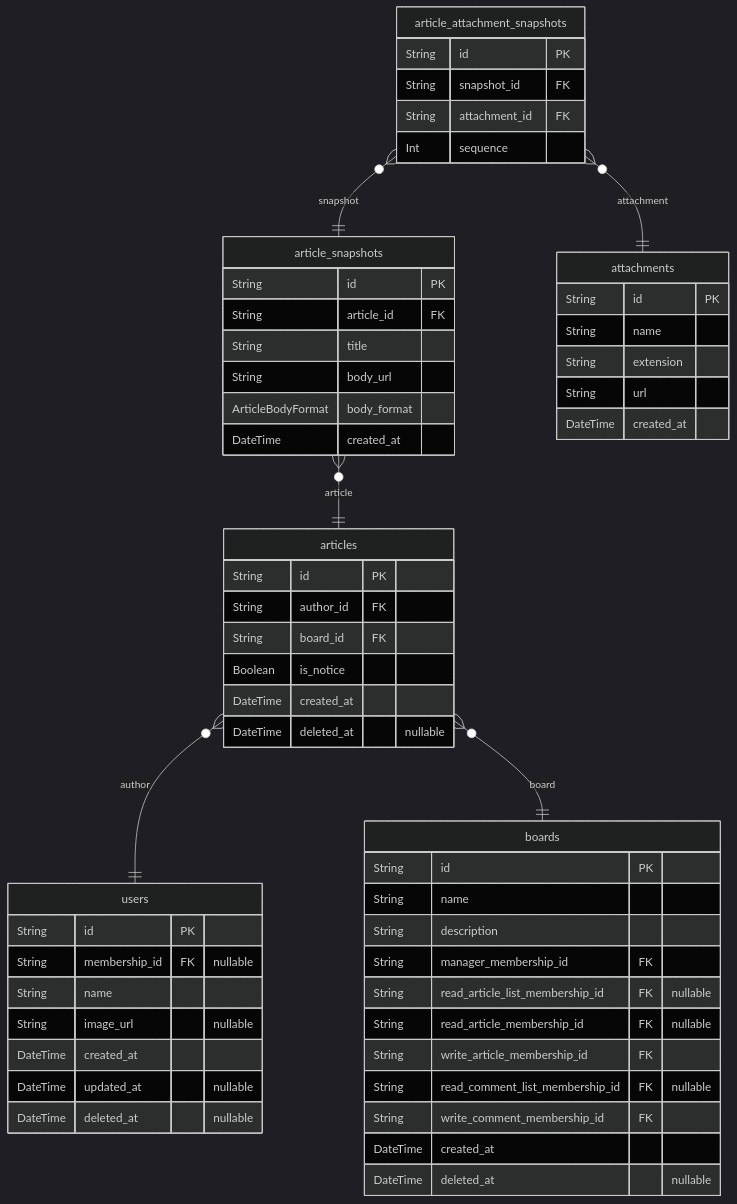
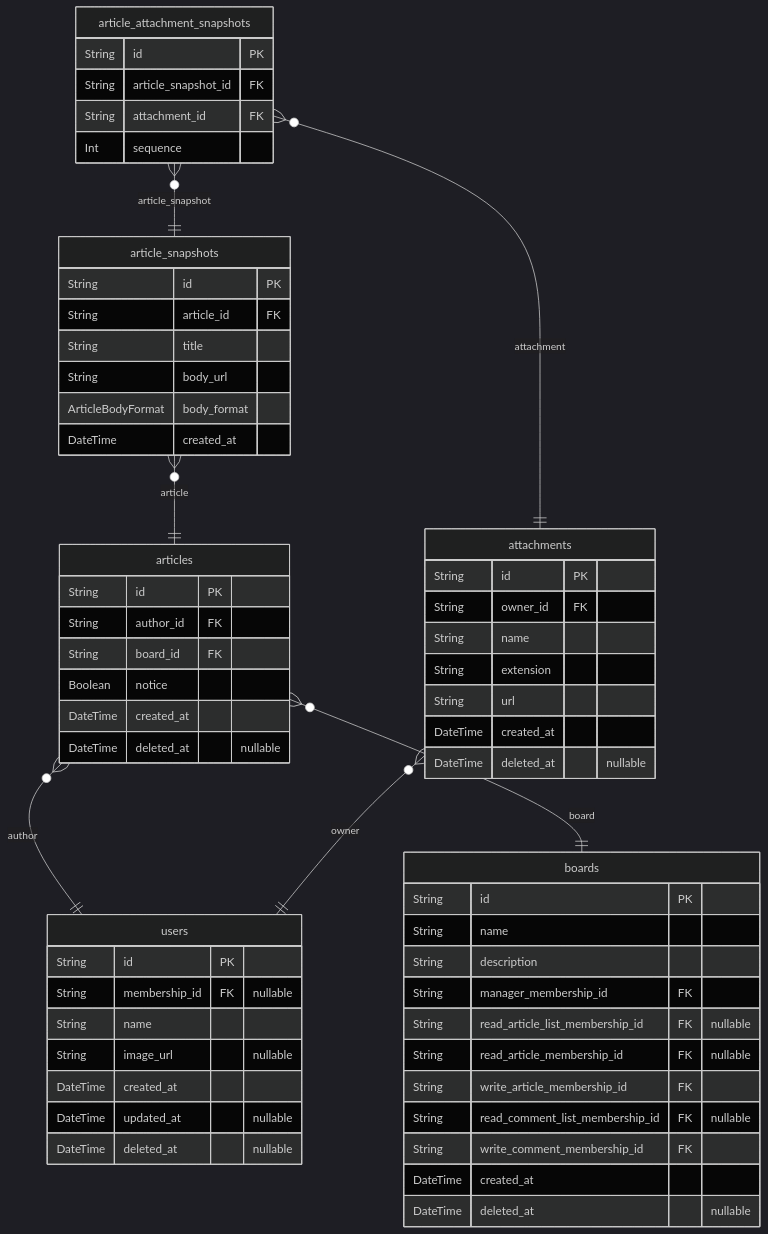
Before and after one commit to rojiwon123/bbs: the third of 5 diagrams in ERD.md, drawn with Mermaid (dark theme). The commit also changed other lines of this file and 64 other files, not shown here.

````diff
--- a/ERD.md
+++ b/ERD.md
@@ -522,59 +463,62 @@
 ```mermaid
 erDiagram
 "articles" {
     String id PK
     String author_id FK
     String board_id FK
-    Boolean is_notice
+    Boolean notice
     DateTime created_at
     DateTime deleted_at "nullable"
 }
 "article_snapshots" {
     String id PK
     String article_id FK
     String title
     String body_url
     ArticleBodyFormat body_format
     DateTime created_at
 }
 "article_attachment_snapshots" {
     String id PK
-    String snapshot_id FK
+    String article_snapshot_id FK
     String attachment_id FK
     Int sequence
 }
 "boards" {
     String id PK
     String name
     String description
     String manager_membership_id FK
     String read_article_list_membership_id FK "nullable"
     String read_article_membership_id FK "nullable"
     String write_article_membership_id FK
     String read_comment_list_membership_id FK "nullable"
     String write_comment_membership_id FK
     DateTime created_at
     DateTime deleted_at "nullable"
 }
 "attachments" {
     String id PK
+    String owner_id FK
     String name
     String extension
     String url
     DateTime created_at
+    DateTime deleted_at "nullable"
 }
 "users" {
     String id PK
     String membership_id FK "nullable"
     String name
     String image_url "nullable"
     DateTime created_at
     DateTime updated_at "nullable"
     DateTime deleted_at "nullable"
 }
 "articles" }o--|| "users" : author
 "articles" }o--|| "boards" : board
 "article_snapshots" }o--|| "articles" : article
-"article_attachment_snapshots" }o--|| "article_snapshots" : snapshot
+"article_attachment_snapshots" }o--|| "article_snapshots" : article_snapshot
 "article_attachment_snapshots" }o--|| "attachments" : attachment
+"attachments" }o--|| "users" : owner
 ```
````
